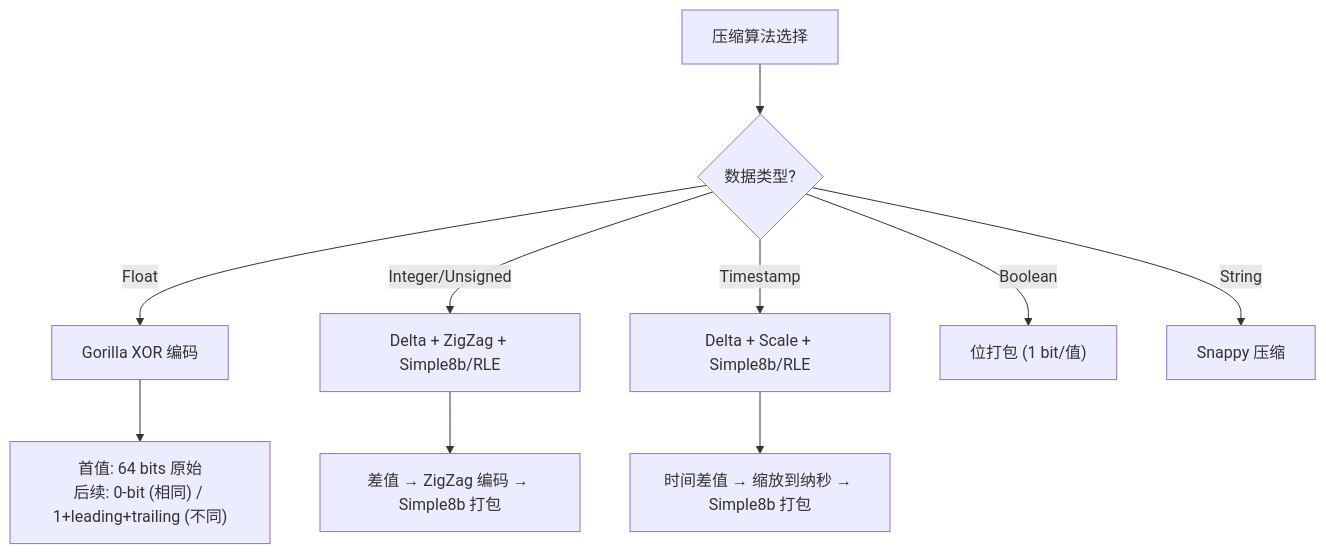
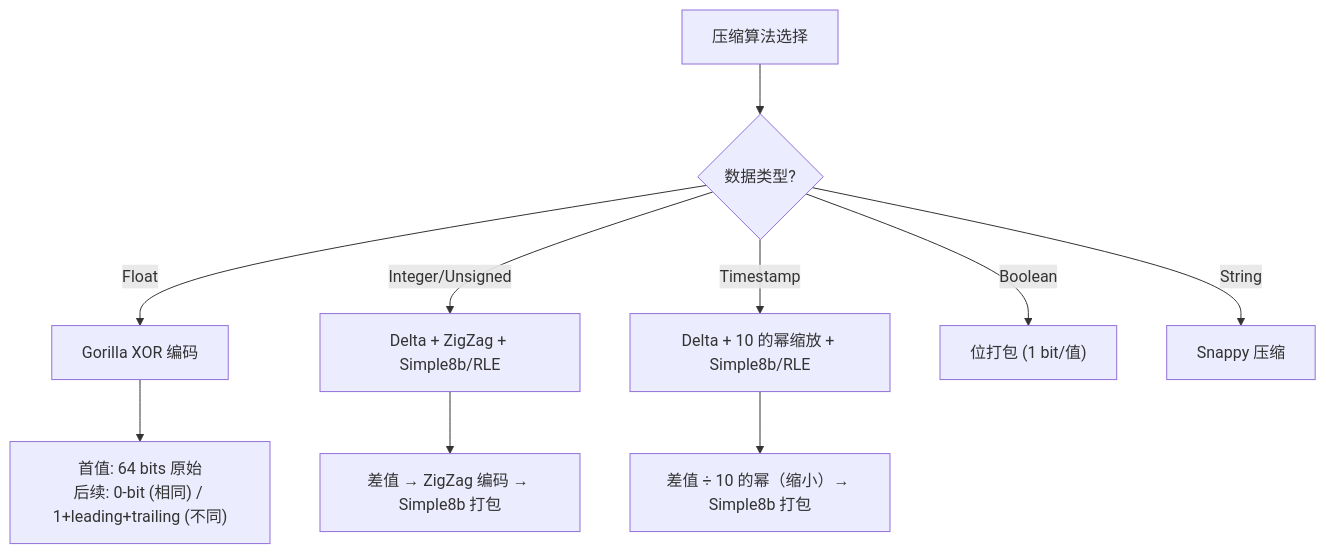
One commit to stefanv5/influxdb changed the eighth of 20 diagrams in docs/specs/01_write_engine_spec.md. Above: the diagram before and after it, drawn with Mermaid. The commit also changed other lines of this file and 16 other files, not shown here.

First line of the commit message:
docs: correct and deepen the 17 architecture specs

````diff
--- a/docs/specs/01_write_engine_spec.md
+++ b/docs/specs/01_write_engine_spec.md
@@ -1004,13 +1110,13 @@
 ```mermaid
 flowchart TD
     A["压缩算法选择"] --> B{"数据类型?"}
     B -->|"Float"| C["Gorilla XOR 编码"]
     B -->|"Integer/Unsigned"| D["Delta + ZigZag + Simple8b/RLE"]
-    B -->|"Timestamp"| E["Delta + Scale + Simple8b/RLE"]
+    B -->|"Timestamp"| E["Delta + 10 的幂缩放 + Simple8b/RLE"]
     B -->|"Boolean"| F["位打包 (1 bit/值)"]
     B -->|"String"| G["Snappy 压缩"]
 
     C --> H["首值: 64 bits 原始<br>后续: 0-bit (相同) / 1+leading+trailing (不同)"]
     D --> I["差值 → ZigZag 编码 → Simple8b 打包"]
-    E --> J["时间差值 → 缩放到纳秒 → Simple8b 打包"]
+    E --> J["差值 ÷ 10 的幂（缩小）→ Simple8b 打包"]
 ```
````
